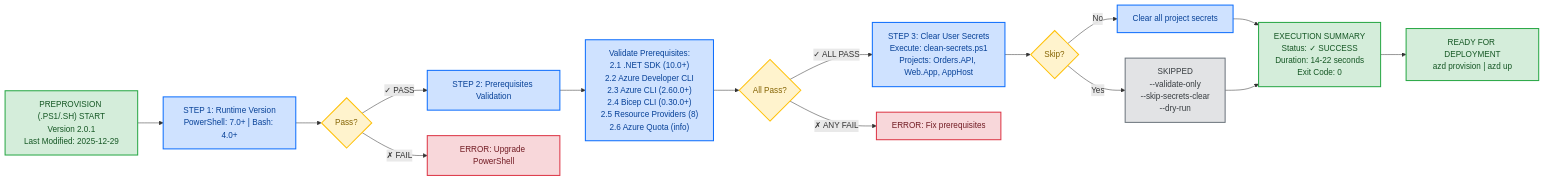
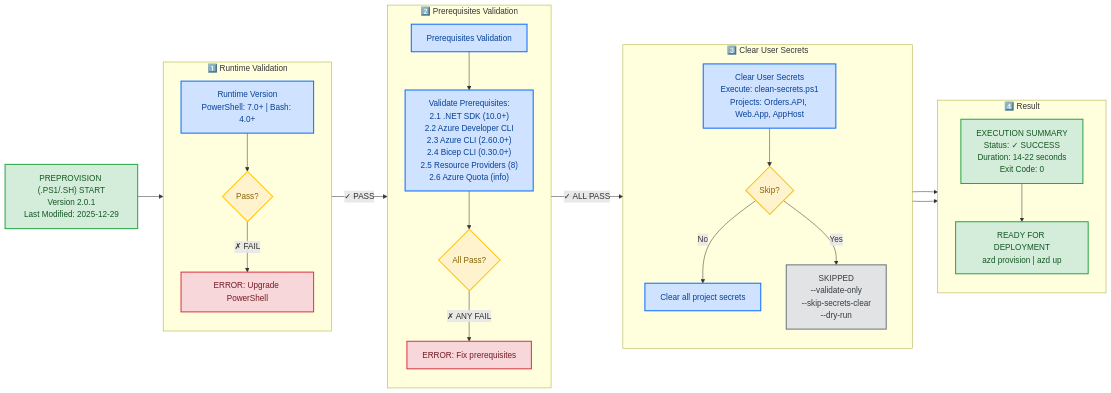
One commit to Evilazaro/Azure-LogicApps-Monitoring changed the third of 7 diagrams in docs/hooks/VALIDATION-WORKFLOW.md. Above: the diagram before and after it, drawn with Mermaid. The commit also changed other lines of this file and 4 other files, not shown here.

Commit message:
Refactor workflow diagrams in multiple documentation files for improved clarity and structure

````diff
--- a/docs/hooks/VALIDATION-WORKFLOW.md
+++ b/docs/hooks/VALIDATION-WORKFLOW.md
@@ -164,35 +179,60 @@
 ```mermaid
 flowchart LR
     Start["PREPROVISION (.PS1/.SH) START<br/>Version 2.0.1<br/>Last Modified: 2025-12-29"]
-    Start --> Step1["STEP 1: Runtime Version<br/>PowerShell: 7.0+ | Bash: 4.0+"]
 
-    Step1 --> Decision1{Pass?}
-    Decision1 -->|✓ PASS| Step2["STEP 2: Prerequisites Validation"]
-    Decision1 -->|✗ FAIL| Error1["ERROR: Upgrade PowerShell"]
+    subgraph RuntimeCheck["1️⃣ Runtime Validation"]
+        direction TB
+        Step1["Runtime Version<br/>PowerShell: 7.0+ | Bash: 4.0+"]
+        Decision1{Pass?}
+        Error1["ERROR: Upgrade PowerShell"]
+        Step1 --> Decision1
+        Decision1 -->|✗ FAIL| Error1
+    end
 
-    Step2 --> Prereqs["Validate Prerequisites:<br/>2.1 .NET SDK (10.0+)<br/>2.2 Azure Developer CLI<br/>2.3 Azure CLI (2.60.0+)<br/>2.4 Bicep CLI (0.30.0+)<br/>2.5 Resource Providers (8)<br/>2.6 Azure Quota (info)"]
+    subgraph PrereqCheck["2️⃣ Prerequisites Validation"]
+        direction TB
+        Step2["Prerequisites Validation"]
+        Prereqs["Validate Prerequisites:<br/>2.1 .NET SDK (10.0+)<br/>2.2 Azure Developer CLI<br/>2.3 Azure CLI (2.60.0+)<br/>2.4 Bicep CLI (0.30.0+)<br/>2.5 Resource Providers (8)<br/>2.6 Azure Quota (info)"]
+        Decision2{All Pass?}
+        Error2["ERROR: Fix prerequisites"]
+        Step2 --> Prereqs
+        Prereqs --> Decision2
+        Decision2 -->|✗ ANY FAIL| Error2
+    end
 
-    Prereqs --> Decision2{All Pass?}
-    Decision2 -->|✓ ALL PASS| Step3["STEP 3: Clear User Secrets<br/>Execute: clean-secrets.ps1<br/>Projects: Orders.API, Web.App, AppHost"]
-    Decision2 -->|✗ ANY FAIL| Error2["ERROR: Fix prerequisites"]
+    subgraph SecretsPhase["3️⃣ Clear User Secrets"]
+        direction TB
+        Step3["Clear User Secrets<br/>Execute: clean-secrets.ps1<br/>Projects: Orders.API, Web.App, AppHost"]
+        Decision3{Skip?}
+        ClearSecrets["Clear all project secrets"]
+        Skip["SKIPPED<br/>--validate-only<br/>--skip-secrets-clear<br/>--dry-run"]
+        Step3 --> Decision3
+        Decision3 -->|No| ClearSecrets
+        Decision3 -->|Yes| Skip
+    end
 
-    Step3 --> Decision3{Skip?}
-    Decision3 -->|No| ClearSecrets["Clear all project secrets"]
-    Decision3 -->|Yes| Skip["SKIPPED<br/>--validate-only<br/>--skip-secrets-clear<br/>--dry-run"]
+    subgraph ResultPhase["4️⃣ Result"]
+        direction TB
+        Summary["EXECUTION SUMMARY<br/>Status: ✓ SUCCESS<br/>Duration: 14-22 seconds<br/>Exit Code: 0"]
+        Ready["READY FOR DEPLOYMENT<br/>azd provision | azd up"]
+        Summary --> Ready
+    end
 
-    ClearSecrets --> Summary["EXECUTION SUMMARY<br/>Status: ✓ SUCCESS<br/>Duration: 14-22 seconds<br/>Exit Code: 0"]
-    Skip --> Summary
-    Summary --> Ready["READY FOR DEPLOYMENT<br/>azd provision | azd up"]
+    Start --> RuntimeCheck
+    Decision1 -->|✓ PASS| PrereqCheck
+    Decision2 -->|✓ ALL PASS| SecretsPhase
+    ClearSecrets --> ResultPhase
+    Skip --> ResultPhase
 
     classDef successClass fill:#d4edda,stroke:#28a745,stroke-width:2px,color:#155724
     classDef errorClass fill:#f8d7da,stroke:#dc3545,stroke-width:2px,color:#721c24
     classDef processClass fill:#cfe2ff,stroke:#0d6efd,stroke-width:2px,color:#084298
     classDef decisionClass fill:#fff3cd,stroke:#ffc107,stroke-width:2px,color:#856404
     classDef skipClass fill:#e2e3e5,stroke:#6c757d,stroke-width:2px,color:#383d41
 
     class Start,Summary,Ready successClass
     class Error1,Error2 errorClass
     class Step1,Step2,Prereqs,Step3,ClearSecrets processClass
     class Decision1,Decision2,Decision3 decisionClass
     class Skip skipClass
 ```
````
